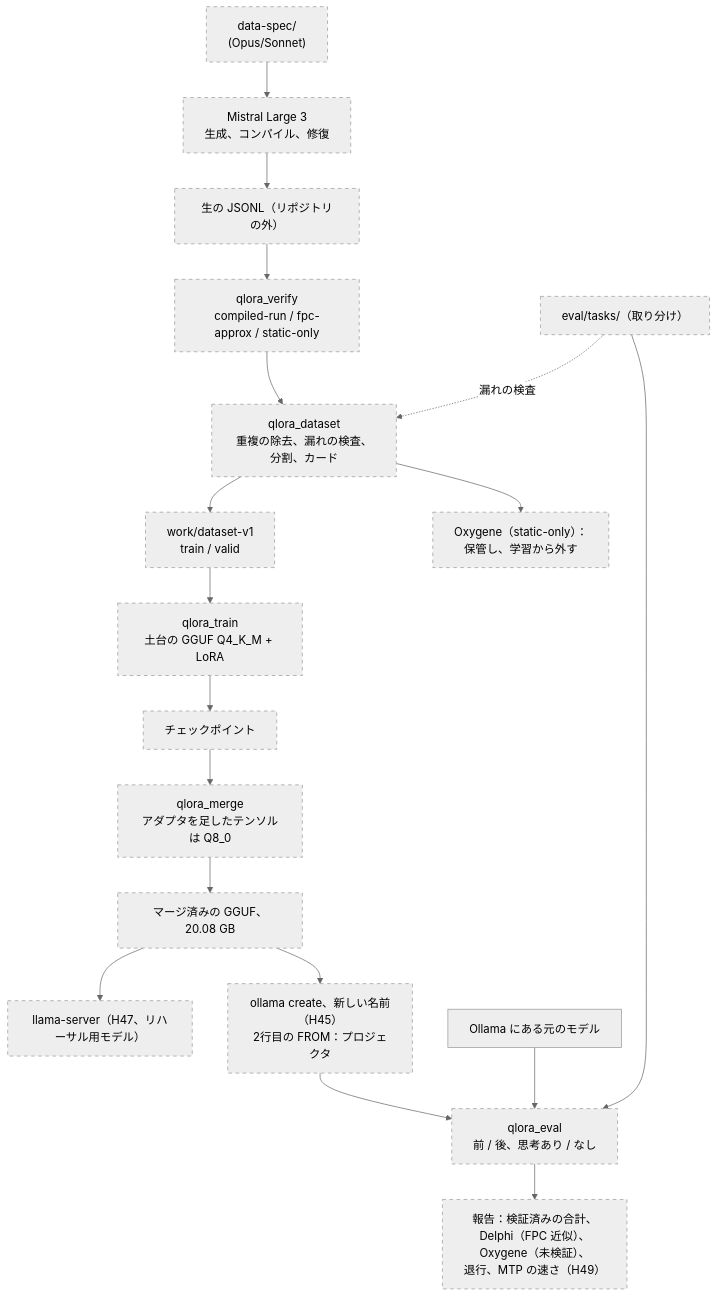
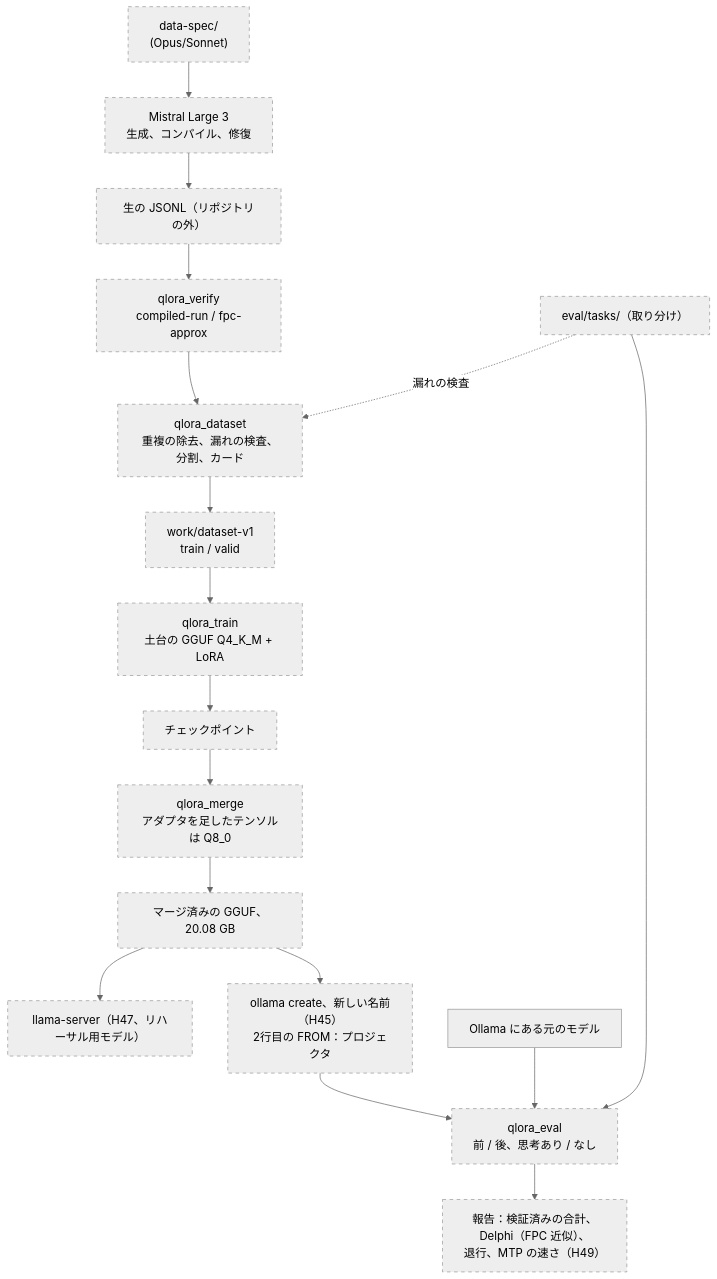
Diagram 13 of 13 in docs/UML_jp.md (tankoha/tch-fpc), drawn with Mermaid (neutral theme) before and after one commit. The commit also changed 5 other files, not shown here.

First line of the commit message:
docs: Oxygene is compiled and run and in the first run (DESIGN 8.16, 8.17)

````diff
--- a/docs/UML_jp.md
+++ b/docs/UML_jp.md
@@ -802,22 +802,21 @@
 ```mermaid
 flowchart TD
   SPEC["data-spec/<br/>(Opus/Sonnet)"] --> GEN["Mistral Large 3<br/>生成、コンパイル、修復"]
   GEN --> RAW["生の JSONL（リポジトリの外）"]
-  RAW --> VER["qlora_verify<br/>compiled-run / fpc-approx / static-only"]
+  RAW --> VER["qlora_verify<br/>compiled-run / fpc-approx"]
   VER --> DS["qlora_dataset<br/>重複の除去、漏れの検査、分割、カード"]
   TASKS["eval/tasks/（取り分け）"] -. "漏れの検査" .-> DS
   DS --> TRAINSET["work/dataset-v1<br/>train / valid"]
-  DS --> HOLD["Oxygene（static-only）：<br/>保管し、学習から外す"]
   TRAINSET --> TRAIN["qlora_train<br/>土台の GGUF Q4_K_M + LoRA"]
   TRAIN --> CKPT["チェックポイント"]
   CKPT --> MERGE["qlora_merge<br/>アダプタを足したテンソルは Q8_0"]
   MERGE --> GGUF["マージ済みの GGUF、20.08 GB"]
   GGUF --> H47["llama-server（H47、リハーサル用モデル）"]
   GGUF --> OLL["ollama create、新しい名前（H45）<br/>2行目の FROM：プロジェクタ"]
   TASKS --> EVAL["qlora_eval<br/>前 / 後、思考あり / なし"]
   OLL --> EVAL
   BASE["Ollama にある元のモデル"] --> EVAL
-  EVAL --> REP["報告：検証済みの合計、<br/>Delphi（FPC 近似）、Oxygene（未検証）、<br/>退行、MTP の速さ（H49）"]
+  EVAL --> REP["報告：検証済みの合計、<br/>Delphi（FPC 近似）、<br/>退行、MTP の速さ（H49）"]
   classDef planned stroke-dasharray: 5 5
-  class SPEC,GEN,RAW,VER,DS,TASKS,TRAINSET,HOLD,TRAIN,CKPT,MERGE,GGUF,H47,OLL,EVAL,REP planned
+  class SPEC,GEN,RAW,VER,DS,TASKS,TRAINSET,TRAIN,CKPT,MERGE,GGUF,H47,OLL,EVAL,REP planned
 ```
````
